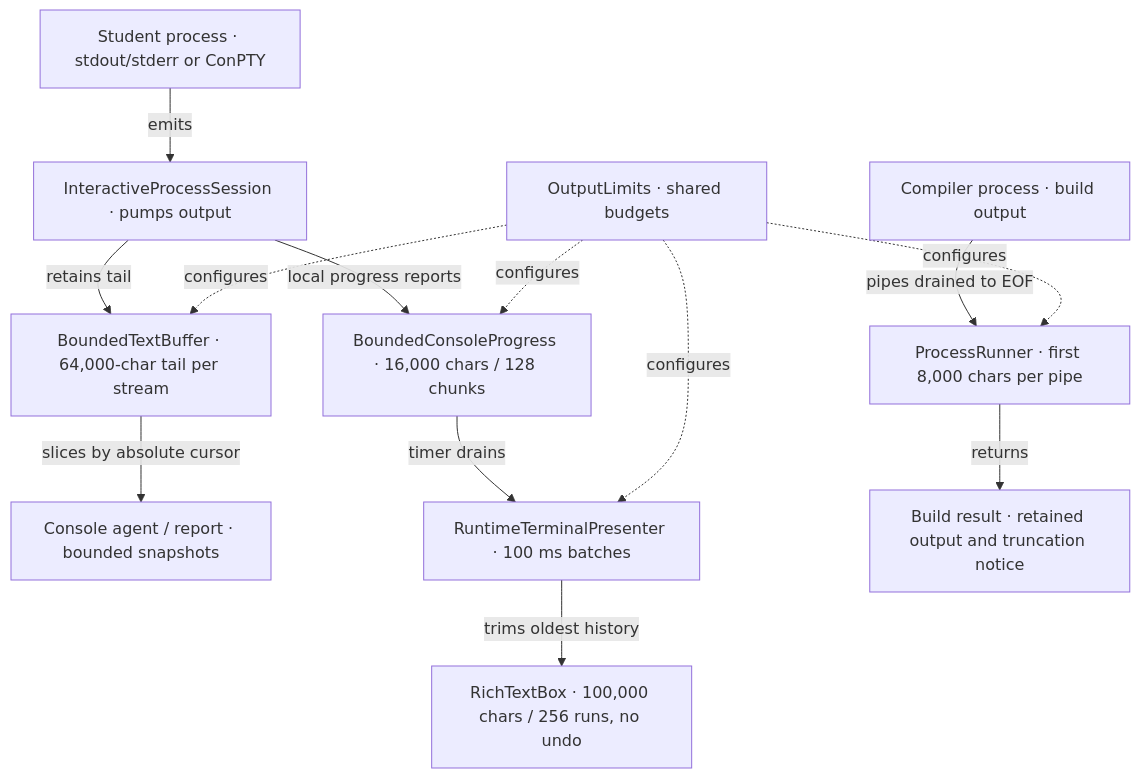
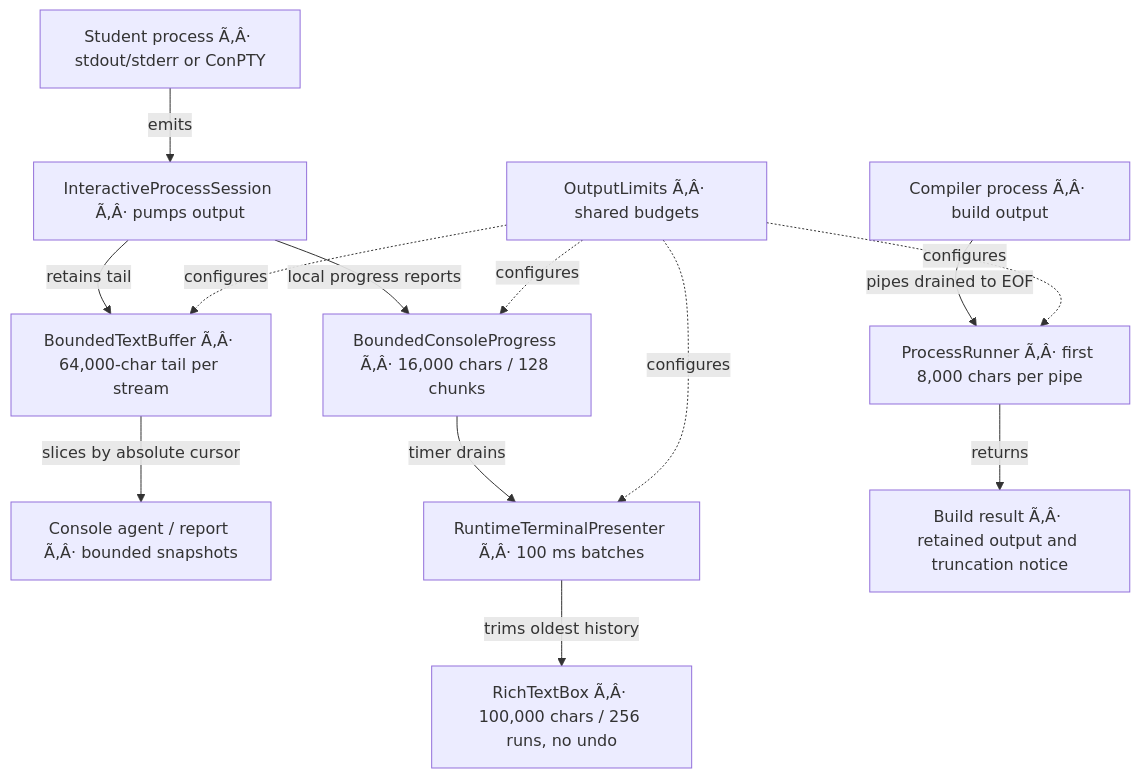
Before and after one commit to signalnotnoise/GuidedGrade: the fifth of 27 diagrams in KNOWLEDGE_GRAPH.md, drawn with Mermaid. The commit also changed other lines of this file and 123 other files, not shown here.

````diff
--- a/KNOWLEDGE_GRAPH.md
+++ b/KNOWLEDGE_GRAPH.md
@@ -176,26 +176,26 @@
 ```mermaid
 flowchart TD
-    Child["Student process · stdout/stderr or ConPTY"]
-    Capture["InteractiveProcessSession · pumps output"]
-    Ring["BoundedTextBuffer · 64,000-char tail per stream"]
-    Agent["Console agent / report · bounded snapshots"]
-    Mail["BoundedConsoleProgress · 16,000 chars / 128 chunks"]
-    Render["RuntimeTerminalPresenter · 100 ms batches"]
-    Doc["RichTextBox · 100,000 chars / 256 runs, no undo"]
-    Compiler["Compiler process · build output"]
-    Build["ProcessRunner · first 8,000 chars per pipe"]
-    BuildReport["Build result · retained output and truncation notice"]
-    Limits["OutputLimits · shared budgets"]
+    Child["Student process Ã‚Â· stdout/stderr or ConPTY"]
+    Capture["InteractiveProcessSession Ã‚Â· pumps output"]
+    Ring["BoundedTextBuffer Ã‚Â· 64,000-char tail per stream"]
+    Agent["Console agent / report Ã‚Â· bounded snapshots"]
+    Mail["BoundedConsoleProgress Ã‚Â· 16,000 chars / 128 chunks"]
+    Render["RuntimeTerminalPresenter Ã‚Â· 100 ms batches"]
+    Doc["RichTextBox Ã‚Â· 100,000 chars / 256 runs, no undo"]
+    Compiler["Compiler process Ã‚Â· build output"]
+    Build["ProcessRunner Ã‚Â· first 8,000 chars per pipe"]
+    BuildReport["Build result Ã‚Â· retained output and truncation notice"]
+    Limits["OutputLimits Ã‚Â· shared budgets"]
     Child -->|emits| Capture
     Capture -->|retains tail| Ring
     Ring -->|slices by absolute cursor| Agent
     Capture -->|local progress reports| Mail
     Mail -->|timer drains| Render
     Render -->|trims oldest history| Doc
     Compiler -->|pipes drained to EOF| Build
     Build -->|returns| BuildReport
     Limits -.->|configures| Ring
     Limits -.->|configures| Mail
     Limits -.->|configures| Render
     Limits -.->|configures| Build
 ```
````
